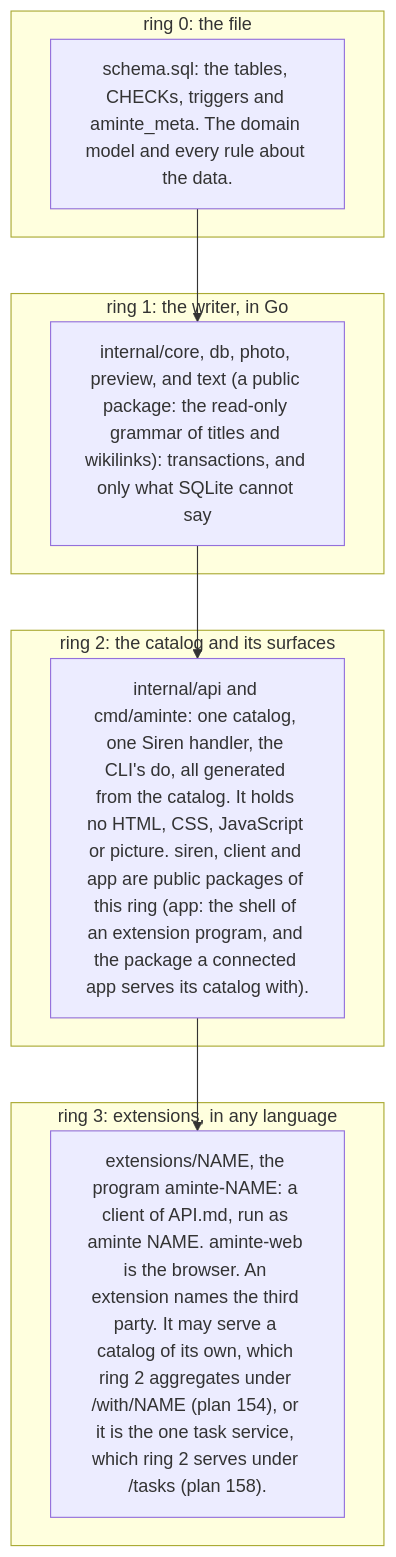
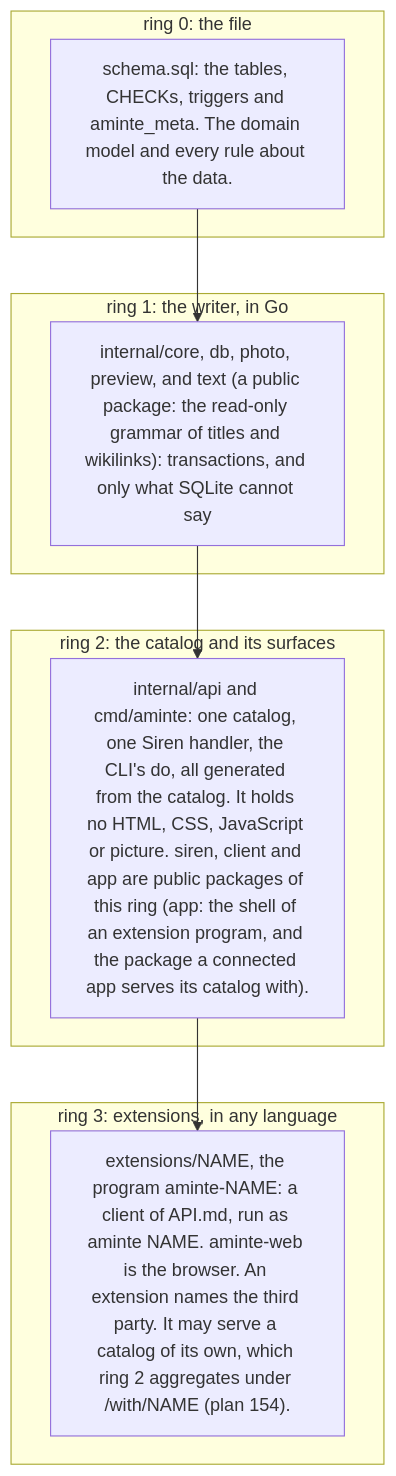
Before and after one commit to alexradunet/aminte: the first of 2 diagrams in AGENTS.md, drawn with Mermaid. The commit also changed other lines of this file and 55 other files, not shown here.

First line of the commit message:
plan 164: no task service: TickTick and Tasks go

````diff
--- a/AGENTS.md
+++ b/AGENTS.md
@@ -164,16 +164,16 @@
 ```mermaid
 flowchart TB
   subgraph R0["ring 0: the file"]
     S["schema.sql: the tables, CHECKs, triggers and aminte_meta. The domain model and every rule about the data."]
   end
   subgraph R1["ring 1: the writer, in Go"]
     C["internal/core, db, photo, preview, and text (a public package: the read-only grammar of titles and wikilinks): transactions, and only what SQLite cannot say"]
   end
   subgraph R2["ring 2: the catalog and its surfaces"]
     K["internal/api and cmd/aminte: one catalog, one Siren handler, the CLI's do, all generated from the catalog. It holds no HTML, CSS, JavaScript or picture. siren, client and app are public packages of this ring (app: the shell of an extension program, and the package a connected app serves its catalog with)."]
   end
   subgraph R3["ring 3: extensions, in any language"]
-    X["extensions/NAME, the program aminte-NAME: a client of API.md, run as aminte NAME. aminte-web is the browser. An extension names the third party. It may serve a catalog of its own, which ring 2 aggregates under /with/NAME (plan 154), or it is the one task service, which ring 2 serves under /tasks (plan 158)."]
+    X["extensions/NAME, the program aminte-NAME: a client of API.md, run as aminte NAME. aminte-web is the browser. An extension names the third party. It may serve a catalog of its own, which ring 2 aggregates under /with/NAME (plan 154)."]
   end
   S --> C --> K --> X
 ```
````
